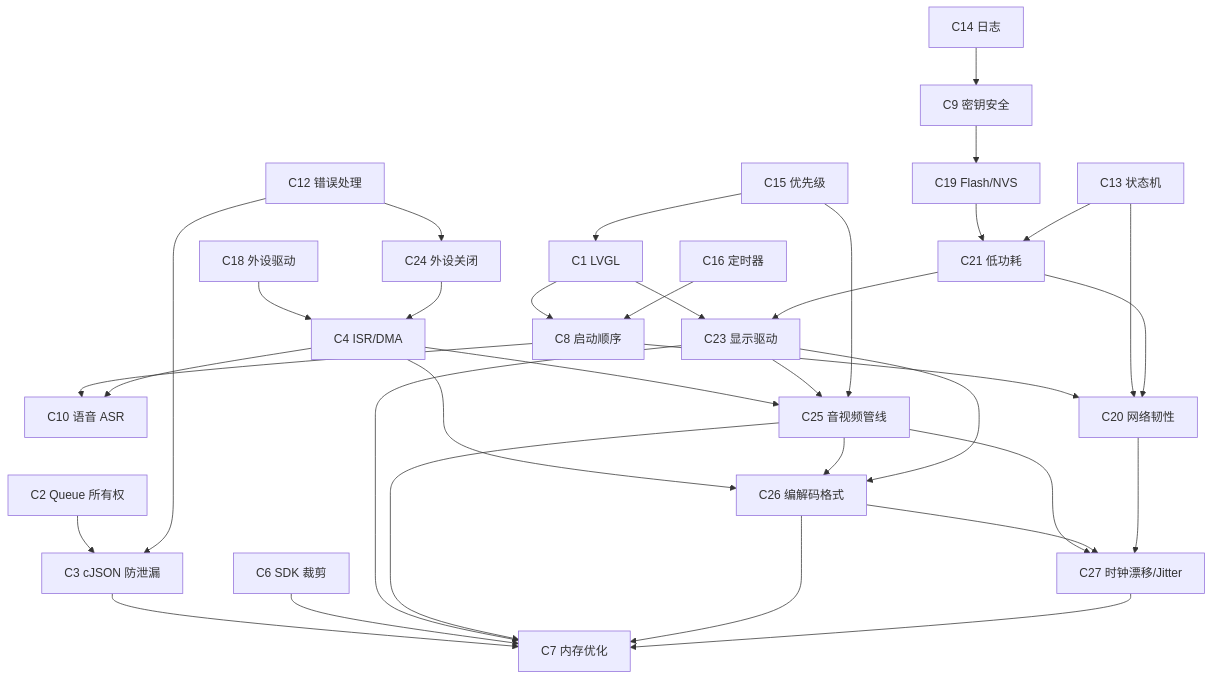
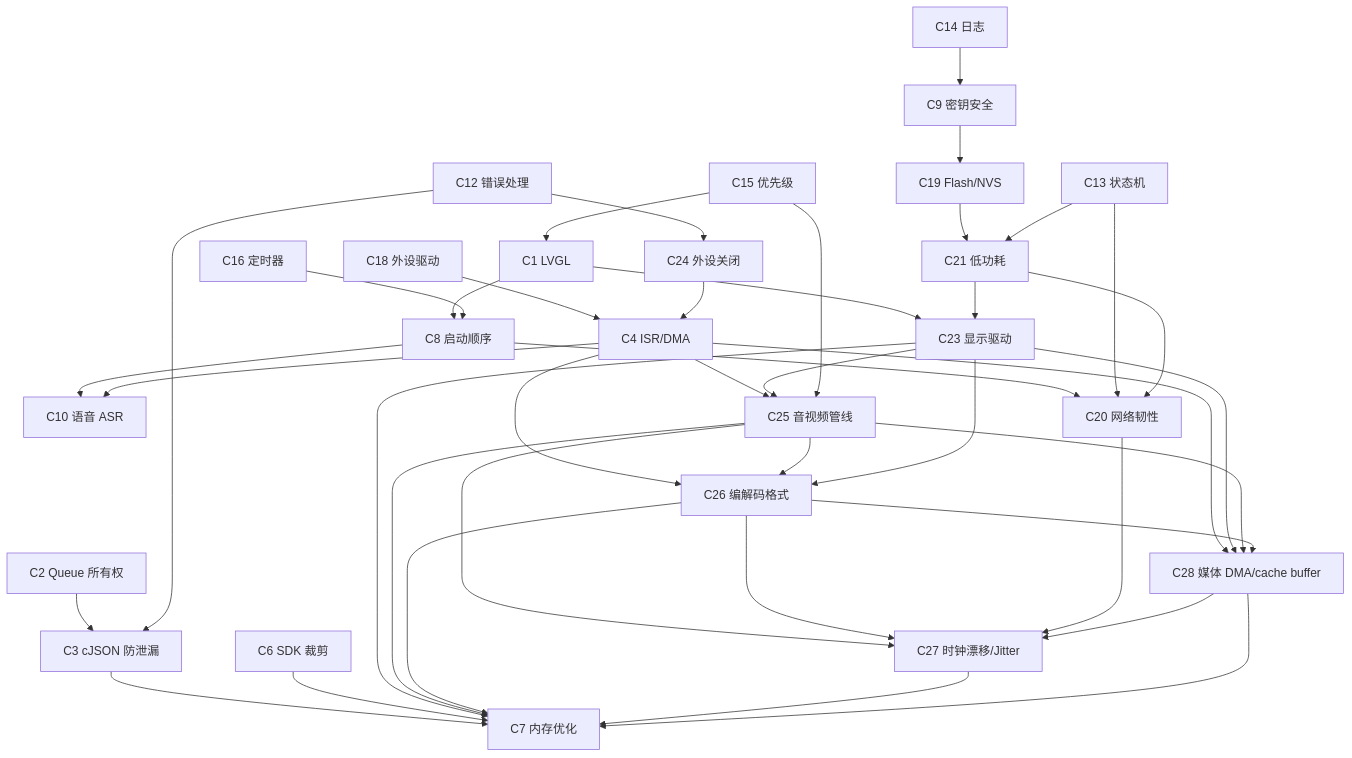
The diagram in freertos-skill-lite/references/constraint_graph.md (xuyalunyy-lgtm/rtos_lvgl_skill), drawn with Mermaid before and after one commit. The commit also changed other lines of this file and 40 other files, not shown here.

````diff
--- a/freertos-skill-lite/references/constraint_graph.md
+++ b/freertos-skill-lite/references/constraint_graph.md
@@ -11,37 +11,43 @@
 ```mermaid
 graph TD
     C2[ C2 Queue 所有权] --> C3[ C3 cJSON 防泄漏]
     C3 --> C7[ C7 内存优化]
     C6[ C6 SDK 裁剪] --> C7
     C8[ C8 启动顺序] --> C10[ C10 语音 ASR]
     C4[ C4 ISR/DMA] --> C10
     C9[ C9 密钥安全] --> C19[ C19 Flash/NVS]
     C8 --> C20[ C20 网络韧性]
     C1[ C1 LVGL 线程安全] --> C8
     C18[ C18 外设驱动] --> C4
     C15[ C15 优先级] --> C1[ C1 LVGL]
     C16[ C16 定时器] --> C8
     C12[ C12 错误处理] --> C3
     C13[ C13 状态机] --> C20
     C14[ C14 日志] --> C9
     C19[ C19 Flash/NVS] --> C21[ C21 低功耗]
     C21 --> C20
     C13 --> C21
     C1 --> C23[ C23 显示驱动]
     C23 --> C7
     C21 --> C23
     C12[ C12 错误处理] --> C24[ C24 外设关闭]
     C24 --> C4
     C4 --> C25[ C25 音视频管线]
     C23 --> C25
     C15 --> C25
     C25 --> C7
     C4 --> C26[ C26 编解码格式]
     C25 --> C26
     C23 --> C26
     C26 --> C7
     C25 --> C27[ C27 时钟漂移/Jitter]
     C26 --> C27
     C20 --> C27
     C27 --> C7
+    C4 --> C28[ C28 媒体 DMA/cache buffer]
+    C23 --> C28
+    C25 --> C28
+    C26 --> C28
+    C28 --> C7
+    C28 --> C27
 ```
````
